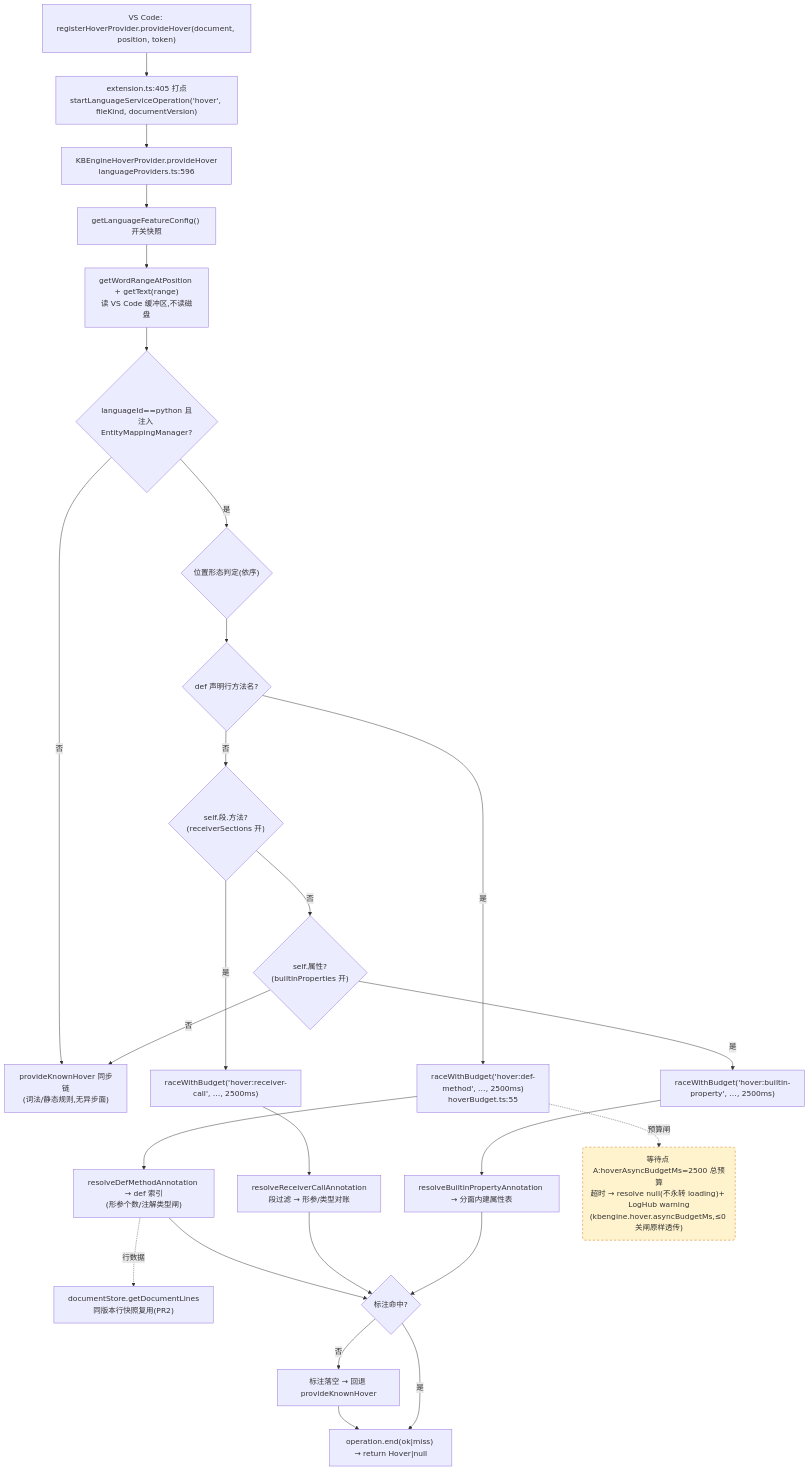
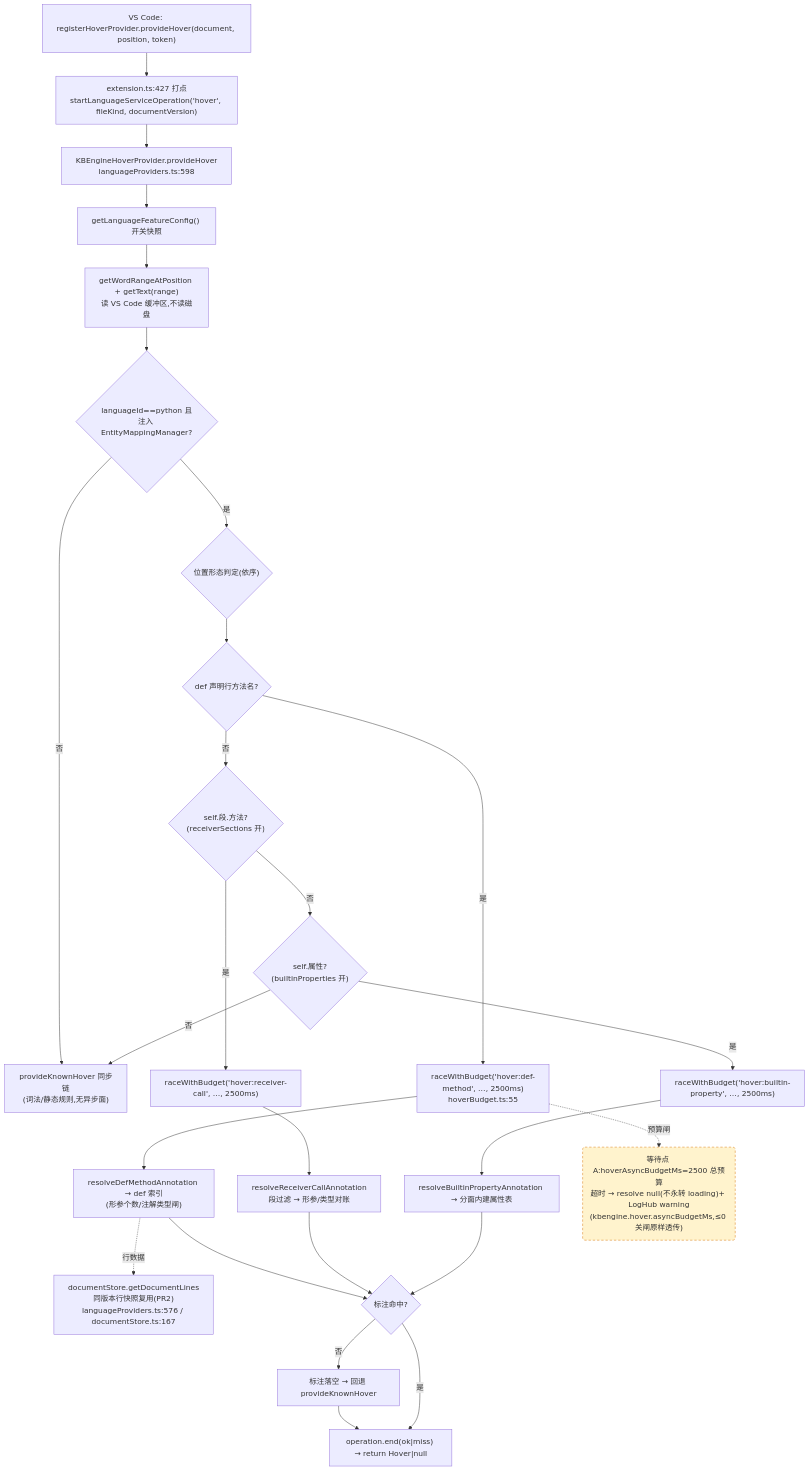
The first of 4 diagrams in docs/perf/2026-baseline.md (cuihairu/kode), drawn with Mermaid before and after one commit. The commit also changed other lines of this file and 1 other file, not shown here.

Commit message:
docs: add call chain diagrams to perf baseline

````diff
--- a/docs/perf/2026-baseline.md
+++ b/docs/perf/2026-baseline.md
@@ -80,45 +80,45 @@
 ```mermaid
 flowchart TD
   VC1["VS Code: registerHoverProvider.provideHover(document, position, token)"]
-  M1["extension.ts:405 打点<br/>startLanguageServiceOperation('hover', fileKind, documentVersion)"]
-  HP["KBEngineHoverProvider.provideHover<br/>languageProviders.ts:596"]
+  M1["extension.ts:427 打点<br/>startLanguageServiceOperation('hover', fileKind, documentVersion)"]
+  HP["KBEngineHoverProvider.provideHover<br/>languageProviders.ts:598"]
   CFG["getLanguageFeatureConfig() 开关快照"]
   WORD["getWordRangeAtPosition + getText(range)<br/>读 VS Code 缓冲区,不读磁盘"]
   BR{"languageId==python 且<br/>注入 EntityMappingManager?"}
   KN["provideKnownHover 同步链<br/>(词法/静态规则,无异步面)"]
   POS{"位置形态判定(依序)"}
   D1{"def 声明行方法名?"}
   D2{"self.段.方法?<br/>(receiverSections 开)"}
   D3{"self.属性?<br/>(builtinProperties 开)"}
   RA1["raceWithBudget('hover:def-method', …, 2500ms)<br/>hoverBudget.ts:55"]
   RA2["raceWithBudget('hover:receiver-call', …, 2500ms)"]
   RA3["raceWithBudget('hover:builtin-property', …, 2500ms)"]
   RS1["resolveDefMethodAnnotation → def 索引<br/>(形参个数/注解类型闸)"]
   RS2["resolveReceiverCallAnnotation<br/>段过滤 → 形参/类型对账"]
   RS3["resolveBuiltinPropertyAnnotation → 分面内建属性表"]
-  LINES["documentStore.getDocumentLines<br/>同版本行快照复用(PR2)"]
+  LINES["documentStore.getDocumentLines<br/>同版本行快照复用(PR2)<br/>languageProviders.ts:576 / documentStore.ts:167"]
   MISS["标注落空 → 回退 provideKnownHover"]
   END1["operation.end(ok|miss) → return Hover|null"]
 
   VC1 --> M1 --> HP --> CFG --> WORD --> BR
   BR -- "否" --> KN
   BR -- "是" --> POS --> D1
   D1 -- "是" --> RA1 --> RS1
   D1 -- "否" --> D2
   D2 -- "是" --> RA2 --> RS2
   D2 -- "否" --> D3
   D3 -- "是" --> RA3 --> RS3
   D3 -- "否" --> KN
   RS1 --> HIT{"标注命中?"}
   RS2 --> HIT
   RS3 --> HIT
   RS1 -.->|行数据| LINES
   HIT -- "否" --> MISS --> END1
   HIT -- "是" --> END1
 
   WAITA("等待点 A:hoverAsyncBudgetMs=2500 总预算<br/>超时 → resolve null(不永转 loading)+ LogHub warning<br/>(kbengine.hover.asyncBudgetMs,≤0 关闸原样透传)")
   RA1 -.->|预算闸| WAITA
 
   classDef waitPoint fill:#fff3cd,stroke:#d97706,stroke-dasharray:5 4;
   class WAITA waitPoint;
 ```
````
